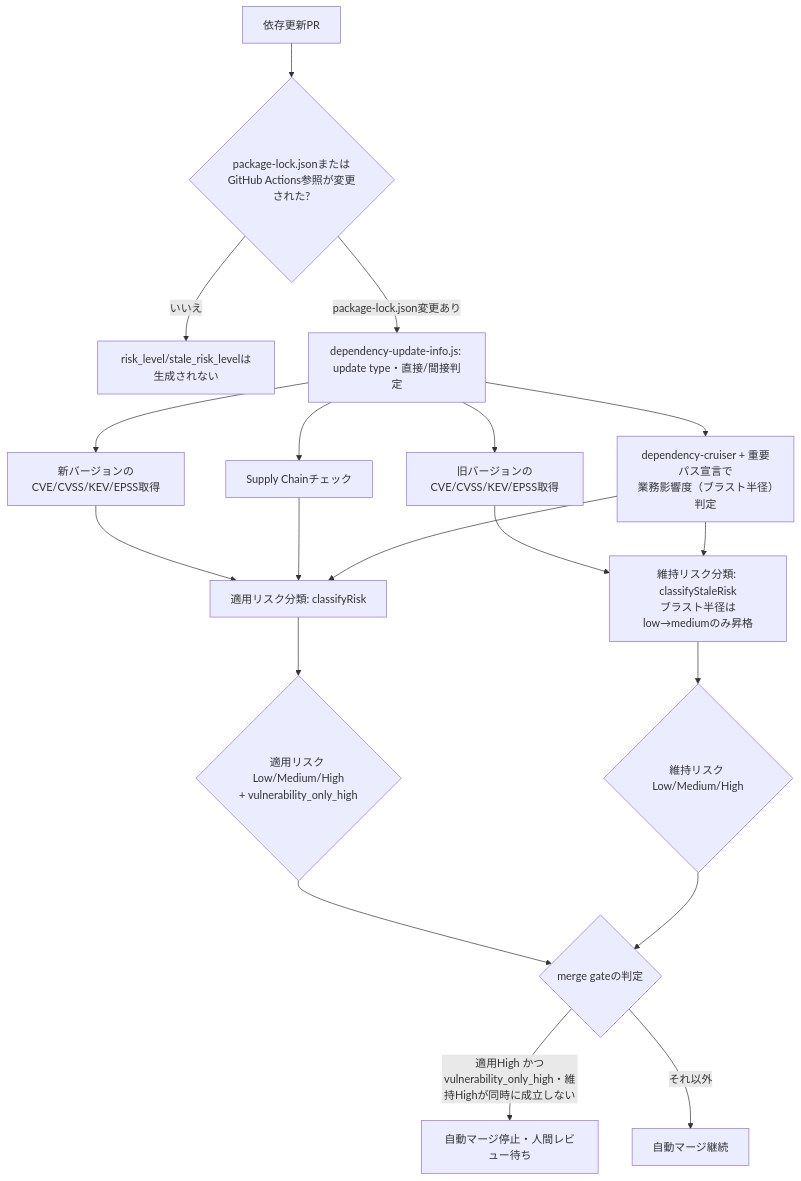
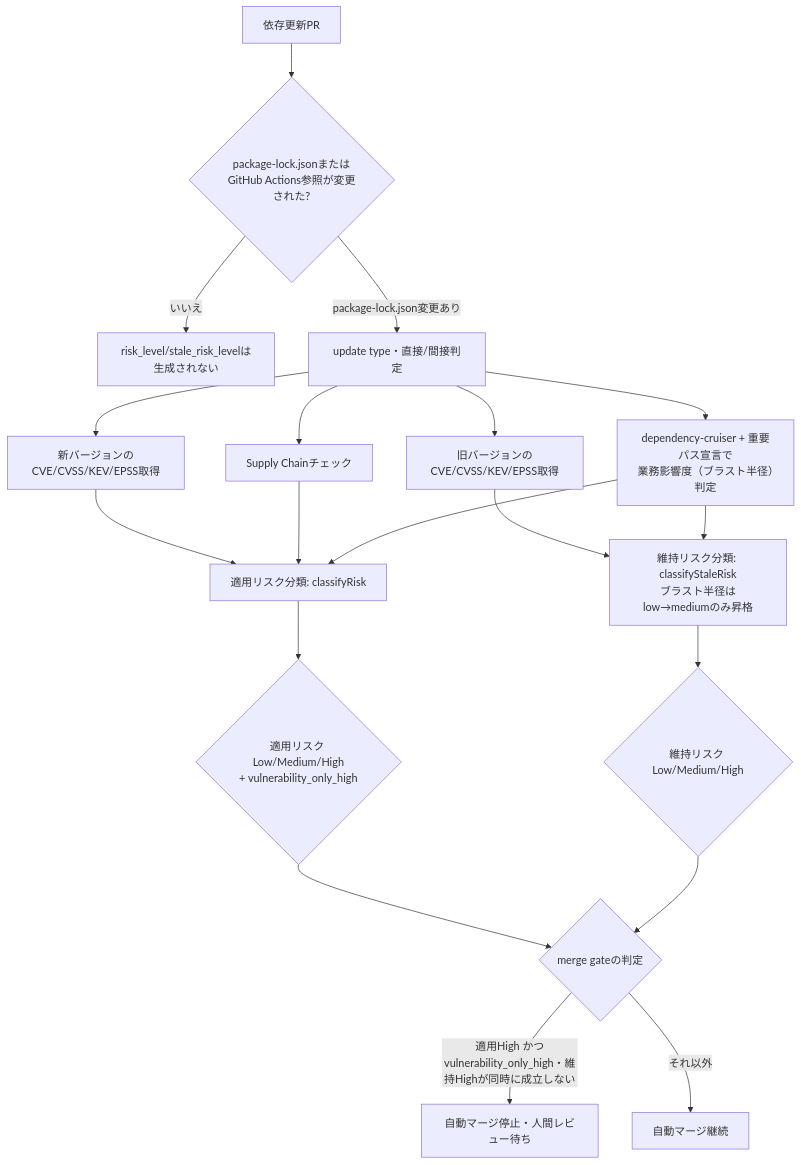
The diagram in docs/dependency-risk-judgment.md (bamiyanapp/dev-standards), drawn with Mermaid before and after one commit. The commit also changed other lines of this file, not shown here.

First line of the commit message:
docs: update type・直接/間接判定の見出し・説明を追加する

````diff
--- a/docs/dependency-risk-judgment.md
+++ b/docs/dependency-risk-judgment.md
@@ -10,21 +10,21 @@
 ```mermaid
 flowchart TD
     A[依存更新PR] --> B{package-lock.jsonまたは<br/>GitHub Actions参照が変更された?}
     B -->|いいえ| C[risk_level/stale_risk_levelは生成されない]
-    B -->|package-lock.json変更あり| D[dependency-update-info.js: update type・直接/間接判定]
+    B -->|package-lock.json変更あり| D[update type・直接/間接判定]
     D --> E[新バージョンのCVE/CVSS/KEV/EPSS取得]
     D --> F[旧バージョンのCVE/CVSS/KEV/EPSS取得]
     D --> G[Supply Chainチェック]
     D --> H[dependency-cruiser + 重要パス宣言で<br/>業務影響度（ブラスト半径）判定]
     E --> I[適用リスク分類: classifyRisk]
     G --> I
     H --> I
     F --> J[維持リスク分類: classifyStaleRisk<br/>ブラスト半径はlow→mediumのみ昇格]
     H --> J
     I --> K{適用リスク Low/Medium/High<br/>+ vulnerability_only_high}
     J --> L{維持リスク Low/Medium/High}
     K --> M{merge gateの判定}
     L --> M
     M -->|適用High かつ<br/>vulnerability_only_high・維持Highが同時に成立しない| N[自動マージ停止・人間レビュー待ち]
     M -->|それ以外| O[自動マージ継続]
 ```
````
